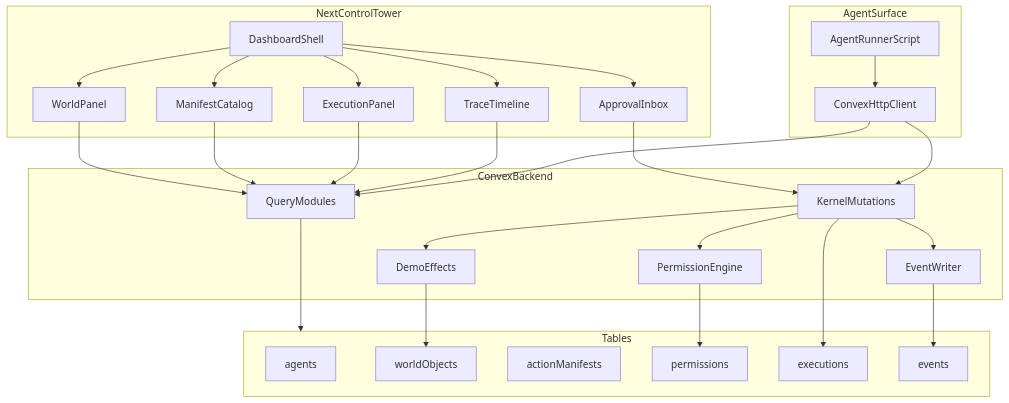
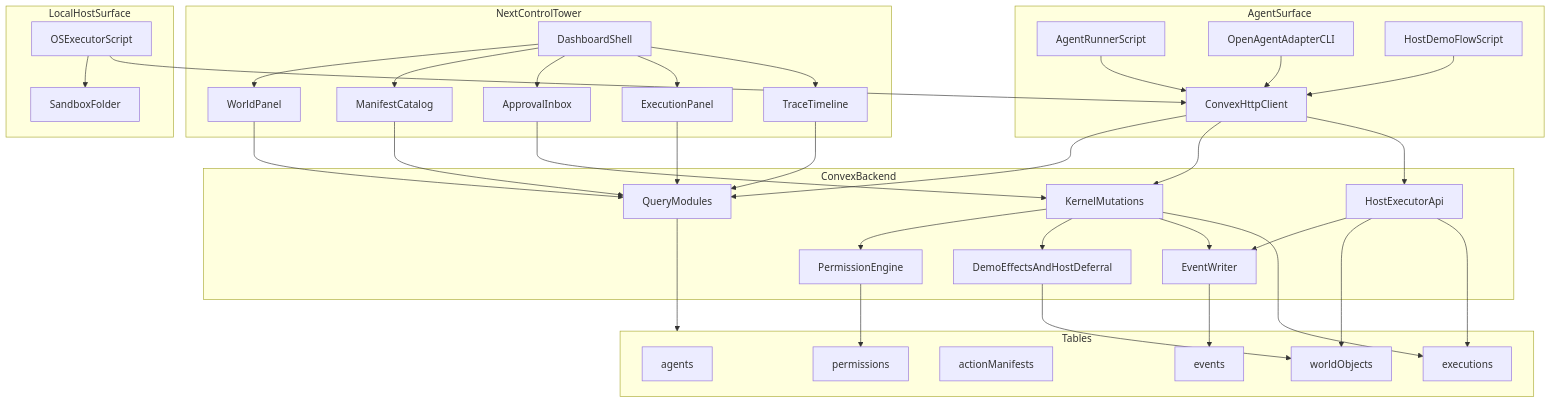
The second of 4 diagrams in docs/ARCHITECTURE.md (TharuTharujan/OpenAgent_OS), drawn with Mermaid before and after one commit. The commit also changed other lines of this file and 34 other files, not shown here.

````diff
--- a/docs/ARCHITECTURE.md
+++ b/docs/ARCHITECTURE.md
@@ -24,55 +28,71 @@
 ```mermaid
 flowchart TB
   subgraph frontend [NextControlTower]
     DashboardShell[DashboardShell]
     WorldPanel[WorldPanel]
     ManifestCatalog[ManifestCatalog]
     ApprovalInbox[ApprovalInbox]
     ExecutionPanel[ExecutionPanel]
     TraceTimeline[TraceTimeline]
   end
 
   subgraph agentSurface [AgentSurface]
     AgentRunner[AgentRunnerScript]
+    AdapterCli[OpenAgentAdapterCLI]
+    HostDemoFlow[HostDemoFlowScript]
     AgentClient[ConvexHttpClient]
+  end
+
+  subgraph hostSurface [LocalHostSurface]
+    HostExecutor[OSExecutorScript]
+    SandboxFolder[SandboxFolder]
   end
 
   subgraph convex [ConvexBackend]
     QueryModules[QueryModules]
     KernelMutations[KernelMutations]
     PermissionEngine[PermissionEngine]
-    EffectSimulator[DemoEffects]
+    EffectSimulator[DemoEffectsAndHostDeferral]
+    HostExecutorApi[HostExecutorApi]
     EventWriter[EventWriter]
   end
 
   subgraph storage [Tables]
     AgentsTable[agents]
     WorldTable[worldObjects]
     ManifestsTable[actionManifests]
     PermissionsTable[permissions]
     ExecutionsTable[executions]
     EventsTable[events]
   end
 
   DashboardShell --> WorldPanel
   DashboardShell --> ManifestCatalog
   DashboardShell --> ApprovalInbox
   DashboardShell --> ExecutionPanel
   DashboardShell --> TraceTimeline
   WorldPanel --> QueryModules
   ManifestCatalog --> QueryModules
   ApprovalInbox --> KernelMutations
   ExecutionPanel --> QueryModules
   TraceTimeline --> QueryModules
   AgentRunner --> AgentClient
+  AdapterCli --> AgentClient
+  HostDemoFlow --> AgentClient
   AgentClient --> QueryModules
   AgentClient --> KernelMutations
+  AgentClient --> HostExecutorApi
+  HostExecutor --> SandboxFolder
+  HostExecutor --> AgentClient
   KernelMutations --> PermissionEngine
   KernelMutations --> EffectSimulator
   KernelMutations --> EventWriter
+  HostExecutorApi --> EventWriter
+  HostExecutorApi --> WorldTable
+  HostExecutorApi --> ExecutionsTable
   QueryModules --> storage
   PermissionEngine --> PermissionsTable
   EffectSimulator --> WorldTable
   EventWriter --> EventsTable
   KernelMutations --> ExecutionsTable
 ```
````
